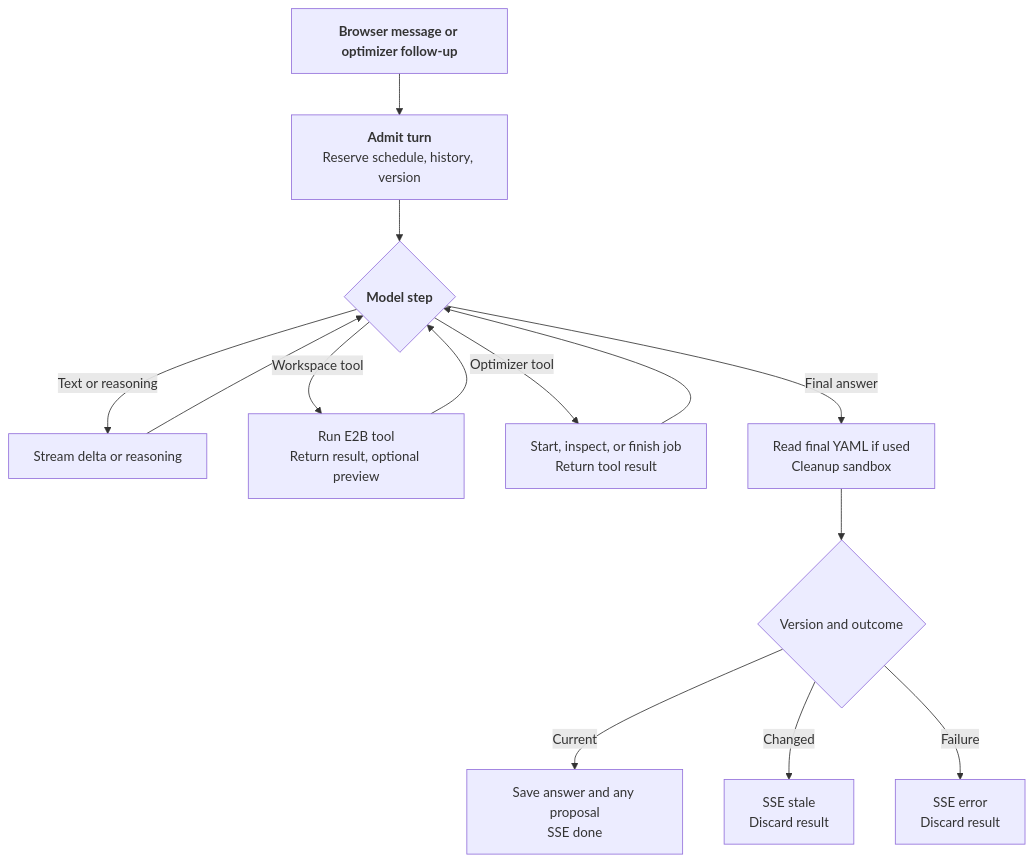
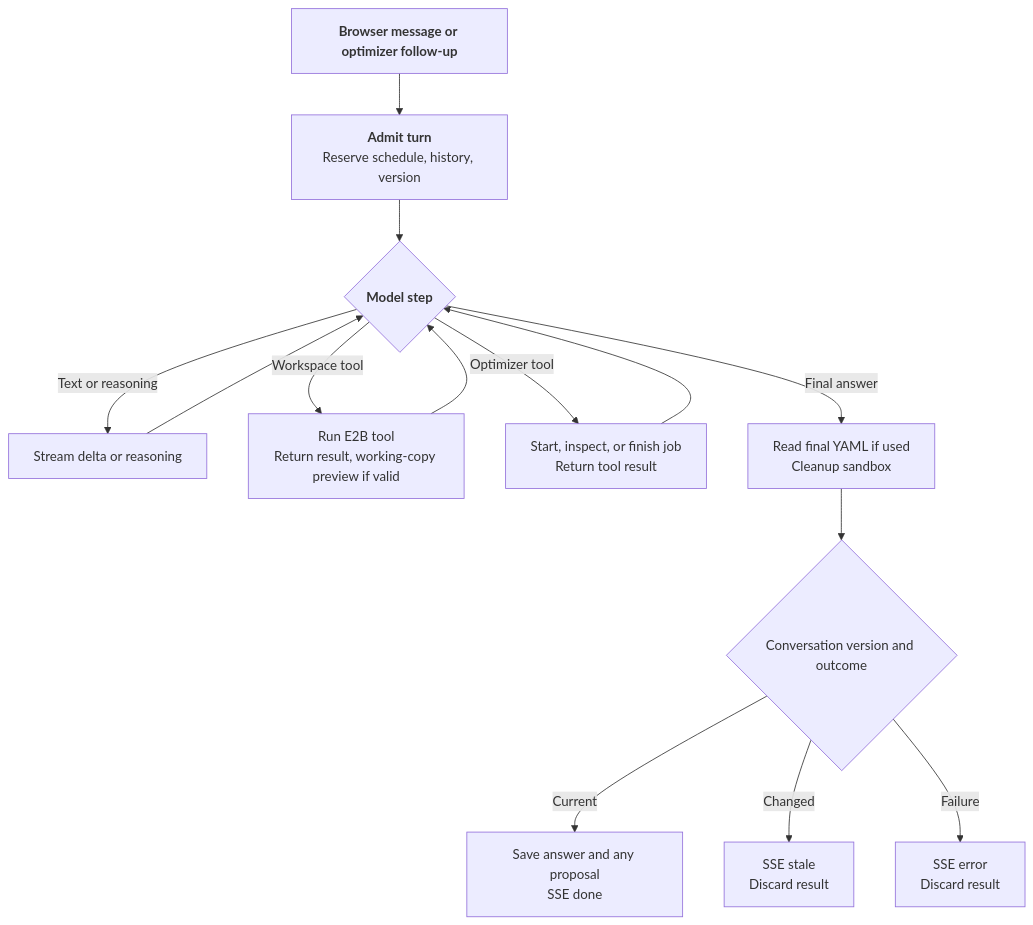
Before and after one commit to j3soon/nurse-scheduling: the third of 7 diagrams in docs/content/developer-guide/ai-assistant.md, drawn with Mermaid. The commit also changed other lines of this file, not shown here.

First line of the commit message:
docs: clarify AI assistant guide lifecycle and diagrams

````diff
--- a/docs/content/developer-guide/ai-assistant.md
+++ b/docs/content/developer-guide/ai-assistant.md
@@ -126,14 +131,14 @@
 ```mermaid
 flowchart TB
     Start[<b>Browser message or optimizer follow-up</b>] --> Admit[<b>Admit turn</b><br/>Reserve schedule, history, version]
     Admit --> Step{<b>Model step</b>}
     Step -->|Text or reasoning| Text[Stream delta or reasoning] --> Step
-    Step -->|Workspace tool| Tool[Run E2B tool<br/>Return result, optional preview] --> Step
+    Step -->|Workspace tool| Tool[Run E2B tool<br/>Return result, working-copy preview if valid] --> Step
     Step -->|Optimizer tool| Job[Start, inspect, or finish job<br/>Return tool result] --> Step
     Step -->|Final answer| Cleanup[Read final YAML if used<br/>Cleanup sandbox]
-    Cleanup --> Check{Version and outcome}
+    Cleanup --> Check{Conversation version and outcome}
     Check -->|Current| Done[Save answer and any proposal<br/>SSE done]
     Check -->|Changed| Stale[SSE stale<br/>Discard result]
     Check -->|Failure| Error[SSE error<br/>Discard result]
 
 ```
````
